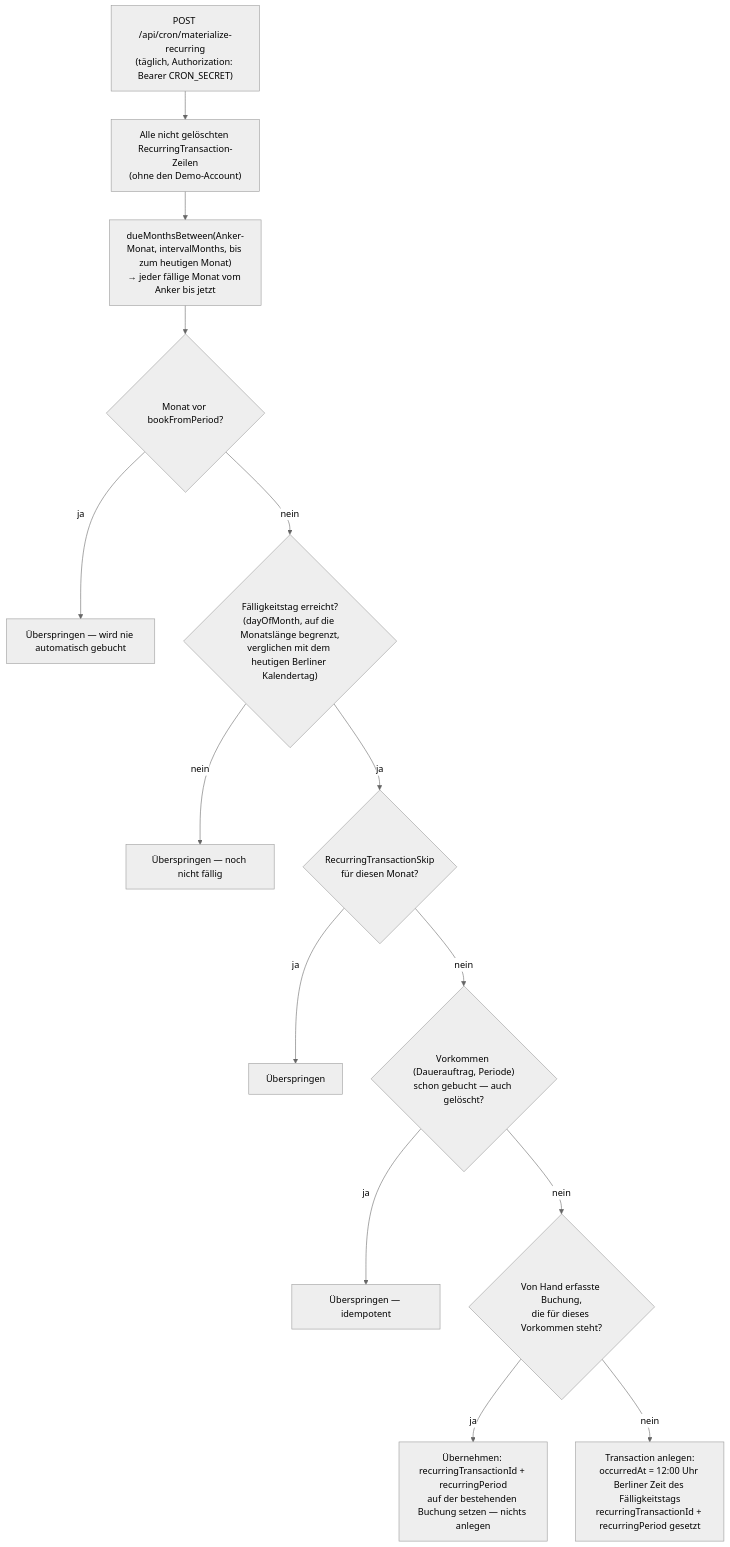
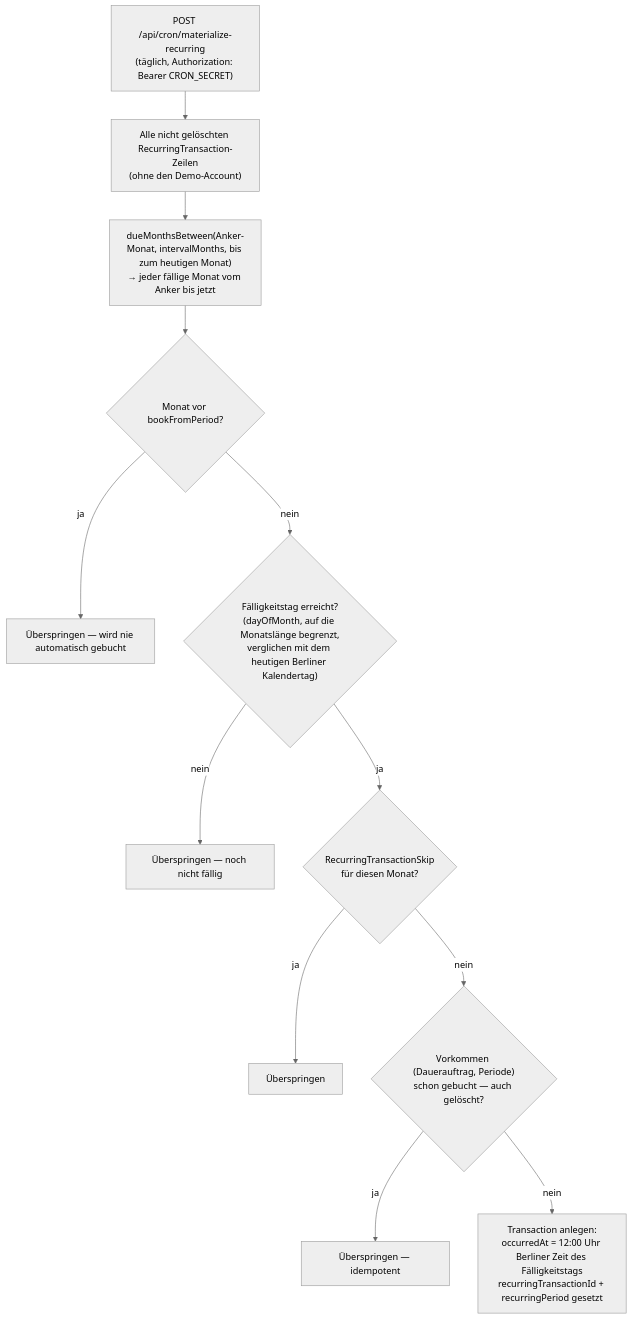
One commit to konradthiemann/Doewe changed the first of 3 diagrams in docs/calculations/03-wiederkehrende-transaktionen.md. Above: the diagram before and after it, drawn with Mermaid (neutral theme). The commit also changed other lines of this file and 13 other files, not shown here.

````diff
--- a/docs/calculations/03-wiederkehrende-transaktionen.md
+++ b/docs/calculations/03-wiederkehrende-transaktionen.md
@@ -58,16 +60,14 @@
 ```mermaid
 flowchart TD
     CRON["POST /api/cron/materialize-recurring\n(täglich, Authorization: Bearer CRON_SECRET)"] --> ALL["Alle nicht gelöschten RecurringTransaction-Zeilen\n(ohne den Demo-Account)"]
     ALL --> DUE["dueMonthsBetween(Anker-Monat, intervalMonths, bis zum heutigen Monat)\n→ jeder fällige Monat vom Anker bis jetzt"]
     DUE --> FROM{"Monat vor bookFromPeriod?"}
     FROM -->|ja| SKIP_FROM["Überspringen — wird nie automatisch gebucht"]
     FROM -->|nein| DAY{"Fälligkeitstag erreicht?\n(dayOfMonth, auf die Monatslänge begrenzt,\nverglichen mit dem heutigen Berliner Kalendertag)"}
     DAY -->|nein| SKIP_FUTURE["Überspringen — noch nicht fällig"]
     DAY -->|ja| SKIPPED{"RecurringTransactionSkip\nfür diesen Monat?"}
     SKIPPED -->|ja| SKIP["Überspringen"]
     SKIPPED -->|nein| BOOKED{"Vorkommen (Dauerauftrag, Periode)\nschon gebucht — auch gelöscht?"}
     BOOKED -->|ja| SKIP2["Überspringen — idempotent"]
-    BOOKED -->|nein| MANUAL{"Von Hand erfasste Buchung,\ndie für dieses Vorkommen steht?"}
-    MANUAL -->|ja| ADOPT["Übernehmen: recurringTransactionId + recurringPeriod\nauf der bestehenden Buchung setzen — nichts anlegen"]
-    MANUAL -->|nein| CREATE["Transaction anlegen:\noccurredAt = 12:00 Uhr Berliner Zeit des Fälligkeitstags\nrecurringTransactionId + recurringPeriod gesetzt"]
+    BOOKED -->|nein| CREATE["Transaction anlegen:\noccurredAt = 12:00 Uhr Berliner Zeit des Fälligkeitstags\nrecurringTransactionId + recurringPeriod gesetzt"]
 ```
````
